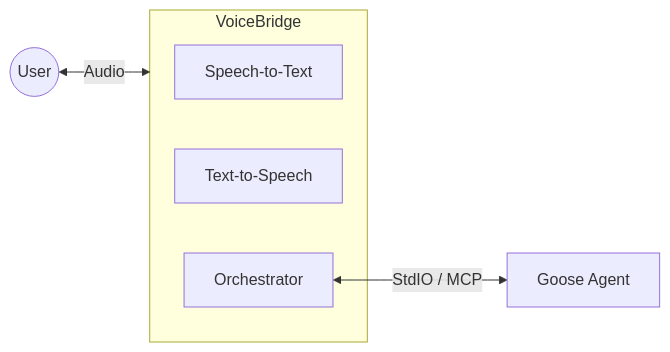
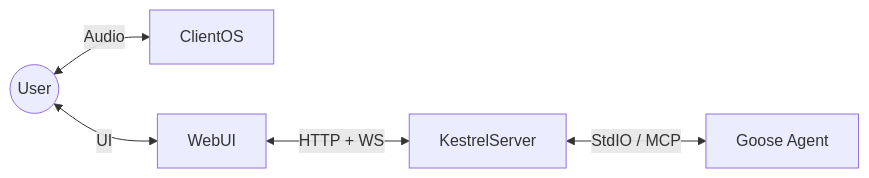
The diagram in ARCHITECTURE.md (OcotilloAI/Kestrel), drawn with Mermaid before and after one commit. The commit also changed other lines of this file, not shown here.

Commit message:
Align architecture with voice-first baseline

````diff
--- a/ARCHITECTURE.md
+++ b/ARCHITECTURE.md
@@ -7,10 +9,7 @@
 ```mermaid
 graph LR
-    User((User)) <--> |Audio| VoiceBridge
-    subgraph VoiceBridge
-        STT[Speech-to-Text]
-        TTS[Text-to-Speech]
-        Orch[Orchestrator]
-    end
-    Orch <--> |StdIO / MCP| Goose[Goose Agent]
+    User((User)) <--> |Audio| ClientOS
+    User((User)) <--> |UI| WebUI
+    WebUI <--> |HTTP + WS| KestrelServer
+    KestrelServer <--> |StdIO / MCP| Goose[Goose Agent]
 ```
````
